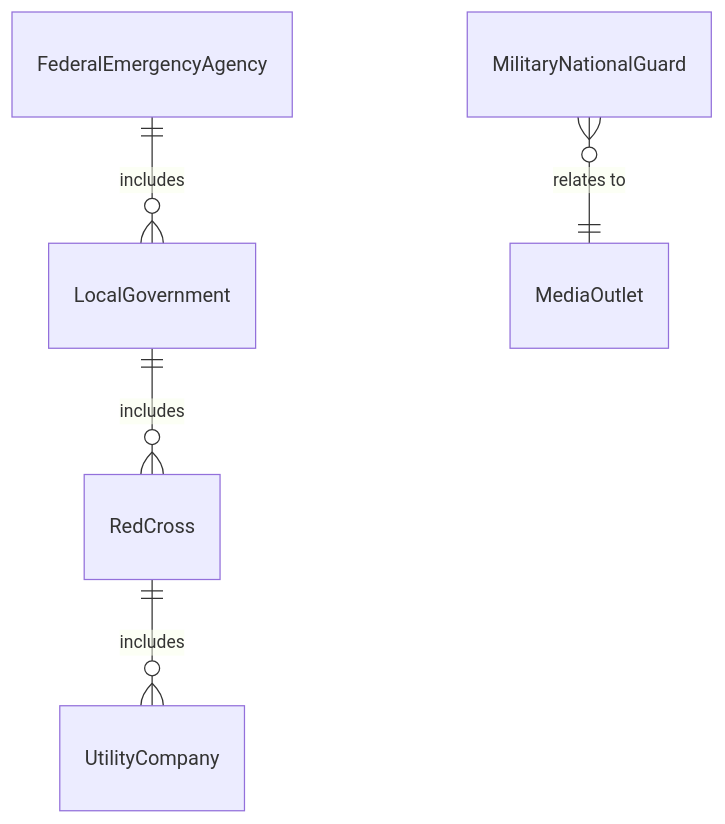
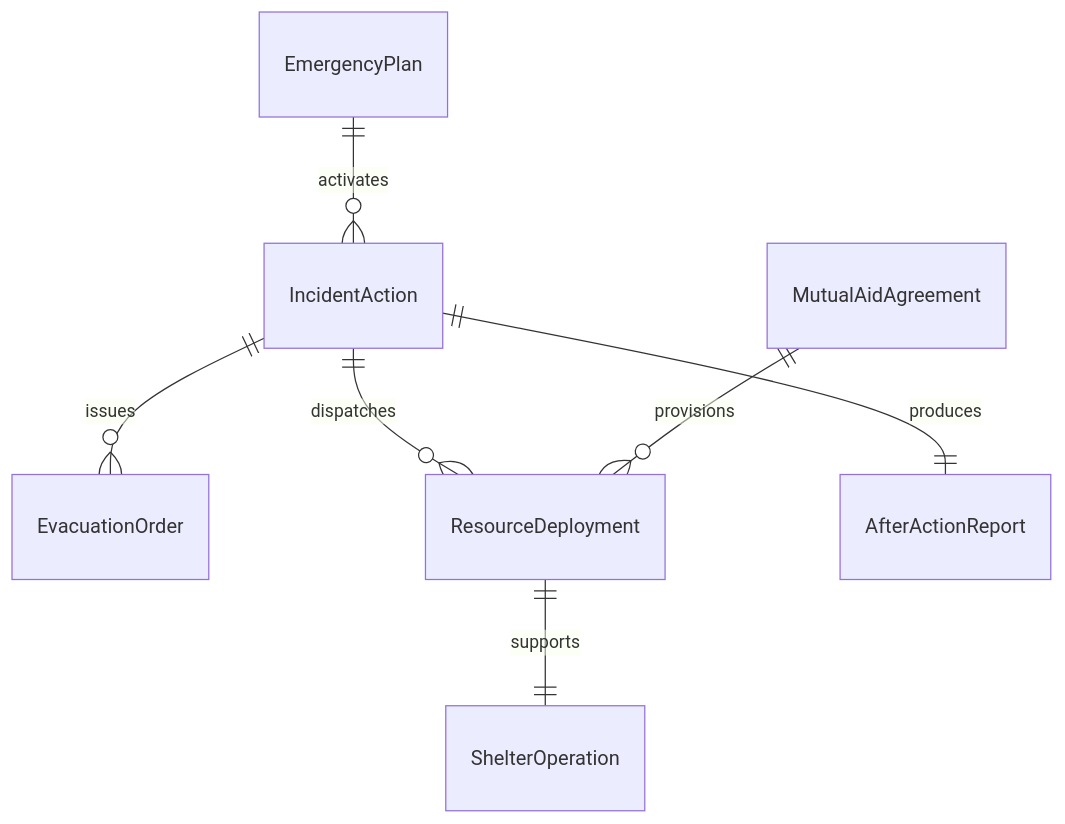
The first of 4 diagrams in GuidingDirectingAndMotivatingSubordinates/DirectSecurityOrSafetyActivitiesOrOperations/DirectEmergencyManagementActivities.mdx (dot-org-ai/tasks.org.ai), drawn with Mermaid before and after one commit. The commit also changed other lines of this file and 515 other files, not shown here.

````diff
--- a/GuidingDirectingAndMotivatingSubordinates/DirectSecurityOrSafetyActivitiesOrOperations/DirectEmergencyManagementActivities.mdx
+++ b/GuidingDirectingAndMotivatingSubordinates/DirectSecurityOrSafetyActivitiesOrOperations/DirectEmergencyManagementActivities.mdx
@@ -92,7 +92,9 @@
 ```mermaid
 erDiagram
-    FederalEmergencyAgency ||--o{ LocalGovernment : includes
-    LocalGovernment ||--o{ RedCross : includes
-    RedCross ||--o{ UtilityCompany : includes
-    MilitaryNationalGuard }o--|| MediaOutlet : "relates to"
+    EmergencyPlan ||--o{ IncidentAction : "activates"
+    IncidentAction ||--o{ EvacuationOrder : "issues"
+    IncidentAction ||--o{ ResourceDeployment : "dispatches"
+    ResourceDeployment ||--|| ShelterOperation : "supports"
+    MutualAidAgreement ||--o{ ResourceDeployment : "provisions"
+    IncidentAction ||--|| AfterActionReport : "produces"
 ```
````
